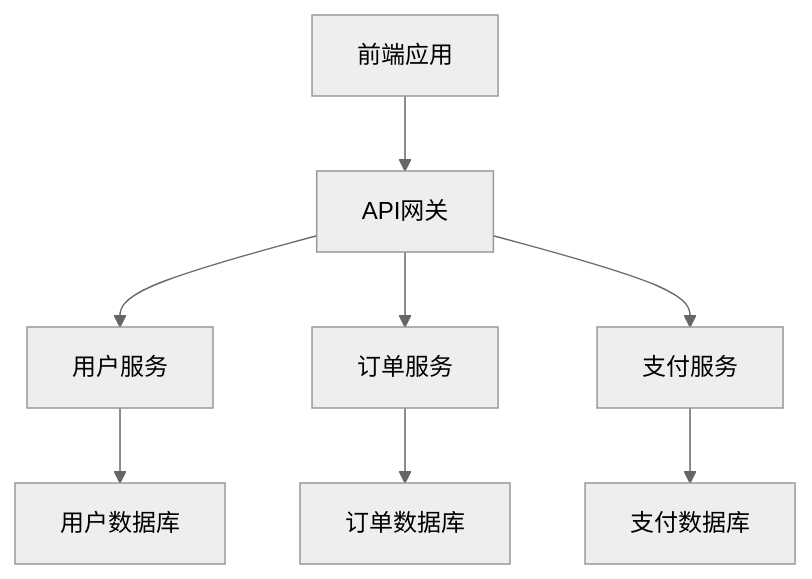
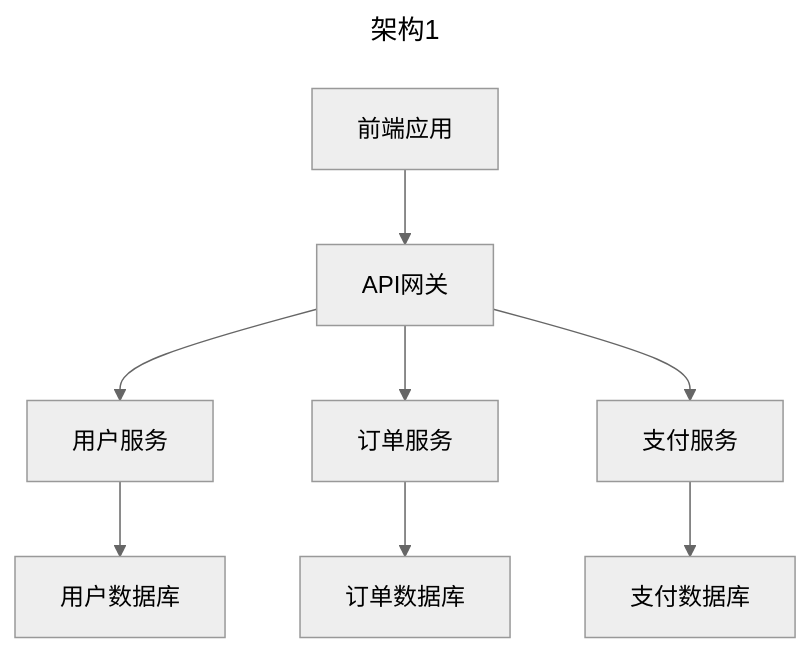
One commit to jianduo1/mermaid-render-anywhere changed the first of 4 diagrams in tests/test_generic.md. Above: the diagram before and after it, drawn with Mermaid (neutral theme). The commit also changed 11 other files, not shown here.

Commit message:
更新版本号至0.0.10，新增智能标题编辑和自定义PNG输出路径功能，优化了导出图片逻辑，支持标题检测和管理，同时更新README文档以反映新功能和使用方法，提升用户体验。

````diff
--- a/tests/test_generic.md
+++ b/tests/test_generic.md
@@ -9,10 +9,13 @@
 ```mermaid
+---
+title: 架构1
+---
 graph TB
-    A[前端应用] --> B[API网关]
-    B --> C[用户服务]
-    B --> D[订单服务]
-    B --> E[支付服务]
-    C --> F[用户数据库]
-    D --> G[订单数据库]
-    E --> H[支付数据库]
+A[前端应用] --> B[API网关]
+B --> C[用户服务]
+B --> D[订单服务]
+B --> E[支付服务]
+C --> F[用户数据库]
+D --> G[订单数据库]
+E --> H[支付数据库]
 ```
````
